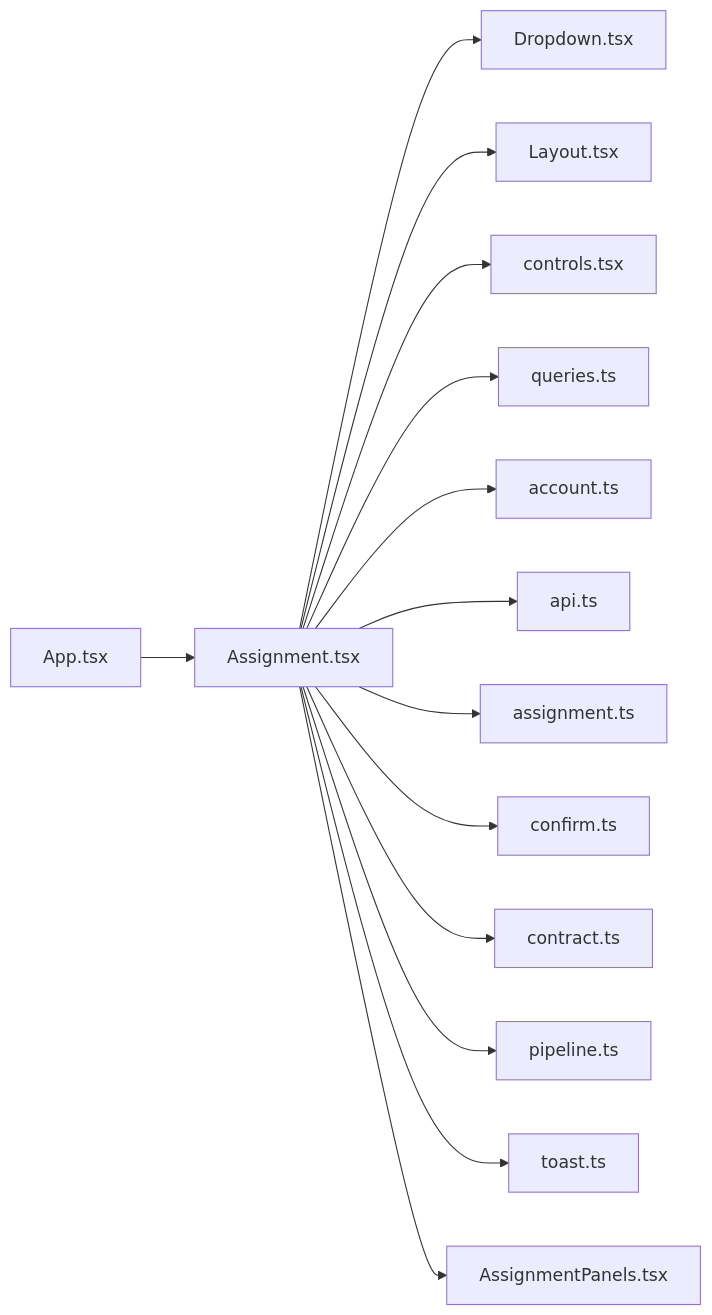
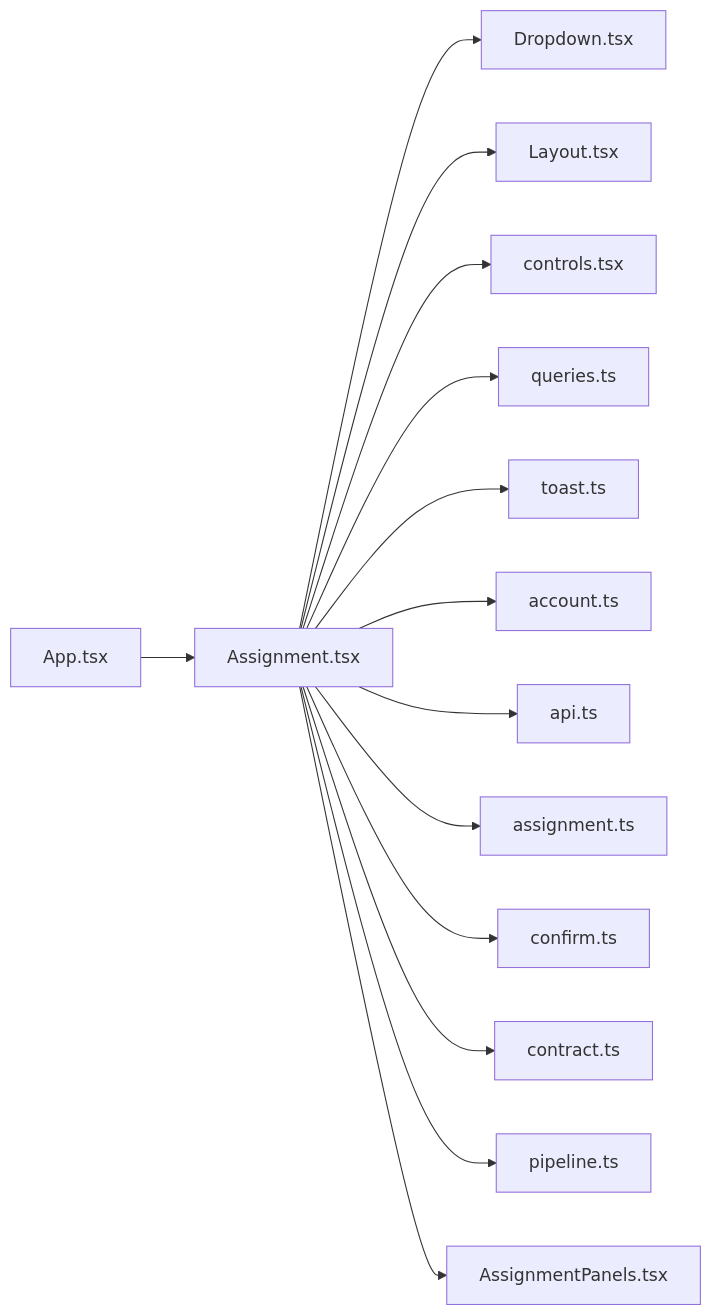
One commit to minkong-dev/Banblit changed the diagram in .cluedoc/graph/frontend/src/routes/Assignment.md. Above: the diagram before and after it, drawn with Mermaid. The commit also changed other lines of this file and 47 other files, not shown here.

Commit message:
frontend: move toast into components

````diff
--- a/.cluedoc/graph/frontend/src/routes/Assignment.md
+++ b/.cluedoc/graph/frontend/src/routes/Assignment.md
@@ -10,17 +10,17 @@
 ```mermaid
 flowchart LR
   frontend_src_routes_Assignment["Assignment.tsx"]
   frontend_src_routes_Assignment --> frontend_src_components_Dropdown["Dropdown.tsx"]
   frontend_src_routes_Assignment --> frontend_src_components_Layout["Layout.tsx"]
   frontend_src_routes_Assignment --> frontend_src_components_controls["controls.tsx"]
   frontend_src_routes_Assignment --> frontend_src_components_queries["queries.ts"]
+  frontend_src_routes_Assignment --> frontend_src_components_toast["toast.ts"]
   frontend_src_routes_Assignment --> frontend_src_lib_account["account.ts"]
   frontend_src_routes_Assignment --> frontend_src_lib_api["api.ts"]
   frontend_src_routes_Assignment --> frontend_src_lib_assignment["assignment.ts"]
   frontend_src_routes_Assignment --> frontend_src_lib_confirm["confirm.ts"]
   frontend_src_routes_Assignment --> frontend_src_lib_contract["contract.ts"]
   frontend_src_routes_Assignment --> frontend_src_lib_pipeline["pipeline.ts"]
-  frontend_src_routes_Assignment --> frontend_src_lib_toast["toast.ts"]
   frontend_src_routes_Assignment --> frontend_src_routes_AssignmentPanels["AssignmentPanels.tsx"]
   frontend_src_App["App.tsx"] --> frontend_src_routes_Assignment
 ```
````
